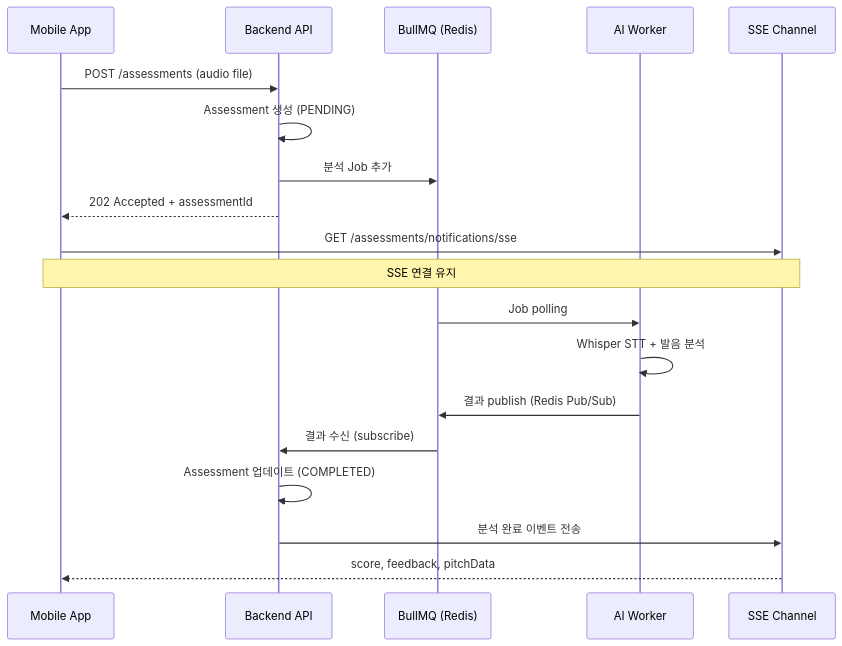
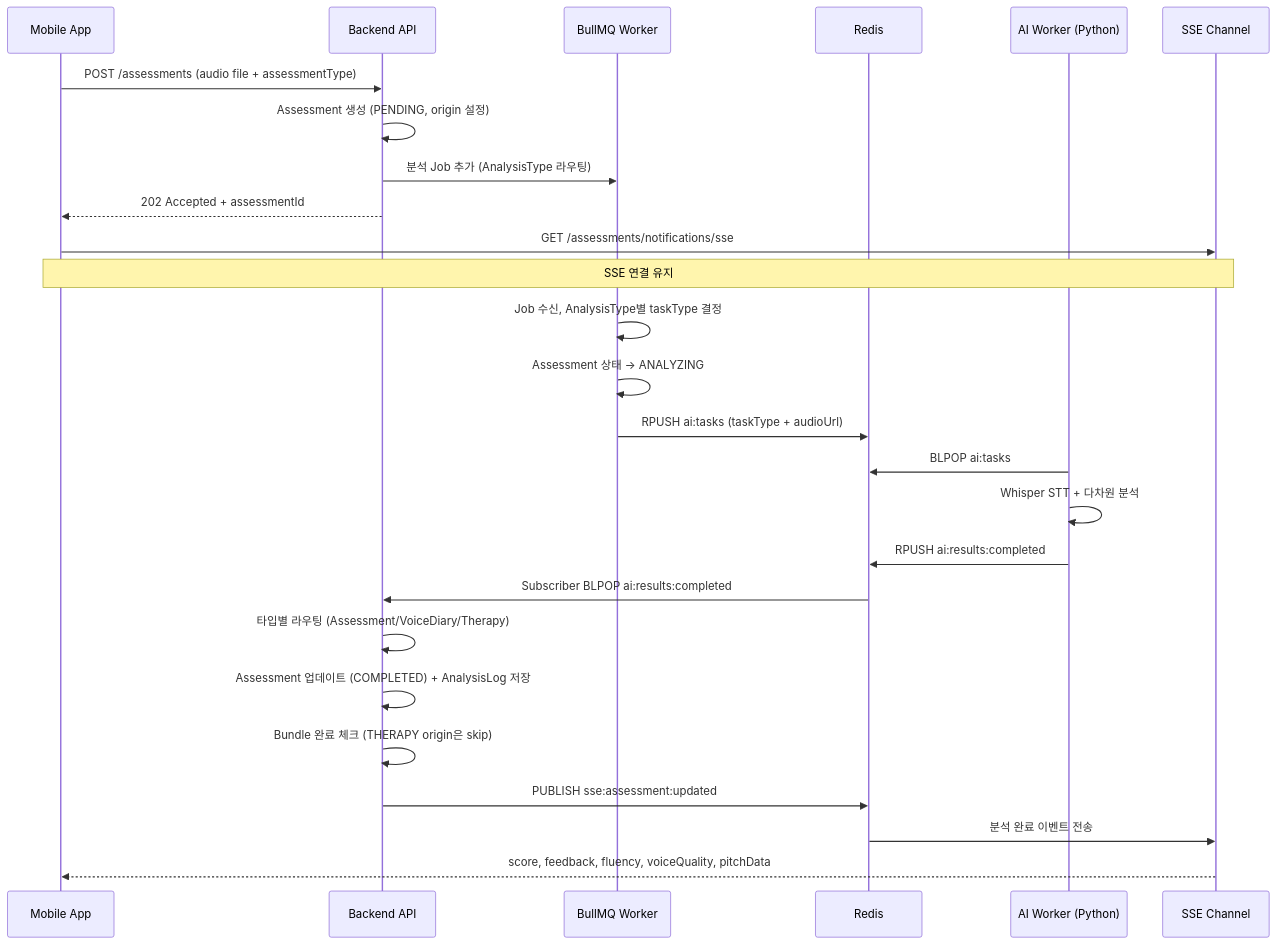
Before and after one commit to xonme888/babble: the sixth of 7 diagrams in README.md, drawn with Mermaid. The commit also changed other lines of this file, not shown here.

First line of the commit message:
docs: 발음 분석 시퀀스 다이어그램 및 플로우 최신화

````diff
--- a/README.md
+++ b/README.md
@@ -418,25 +418,33 @@
 ```mermaid
 sequenceDiagram
     participant App as Mobile App
     participant API as Backend API
-    participant Q as BullMQ (Redis)
-    participant AI as AI Worker
+    participant BullMQ as BullMQ Worker
+    participant Redis as Redis
+    participant AI as AI Worker (Python)
     participant SSE as SSE Channel
 
-    App->>API: POST /assessments (audio file)
-    API->>API: Assessment 생성 (PENDING)
-    API->>Q: 분석 Job 추가
+    App->>API: POST /assessments (audio file + assessmentType)
+    API->>API: Assessment 생성 (PENDING, origin 설정)
+    API->>BullMQ: 분석 Job 추가 (AnalysisType 라우팅)
     API-->>App: 202 Accepted + assessmentId
 
     App->>SSE: GET /assessments/notifications/sse
     Note over App,SSE: SSE 연결 유지
 
-    Q->>AI: Job polling
-    AI->>AI: Whisper STT + 발음 분석
-    AI->>Q: 결과 publish (Redis Pub/Sub)
+    BullMQ->>BullMQ: Job 수신, AnalysisType별 taskType 결정
+    BullMQ->>BullMQ: Assessment 상태 → ANALYZING
+    BullMQ->>Redis: RPUSH ai:tasks (taskType + audioUrl)
 
-    Q->>API: 결과 수신 (subscribe)
-    API->>API: Assessment 업데이트 (COMPLETED)
-    API->>SSE: 분석 완료 이벤트 전송
-    SSE-->>App: score, feedback, pitchData
+    AI->>Redis: BLPOP ai:tasks
+    AI->>AI: Whisper STT + 다차원 분석
+    AI->>Redis: RPUSH ai:results:completed
+
+    Redis->>API: Subscriber BLPOP ai:results:completed
+    API->>API: 타입별 라우팅 (Assessment/VoiceDiary/Therapy)
+    API->>API: Assessment 업데이트 (COMPLETED) + AnalysisLog 저장
+    API->>API: Bundle 완료 체크 (THERAPY origin은 skip)
+    API->>Redis: PUBLISH sse:assessment:updated
+    Redis->>SSE: 분석 완료 이벤트 전송
+    SSE-->>App: score, feedback, fluency, voiceQuality, pitchData
 ```
````
